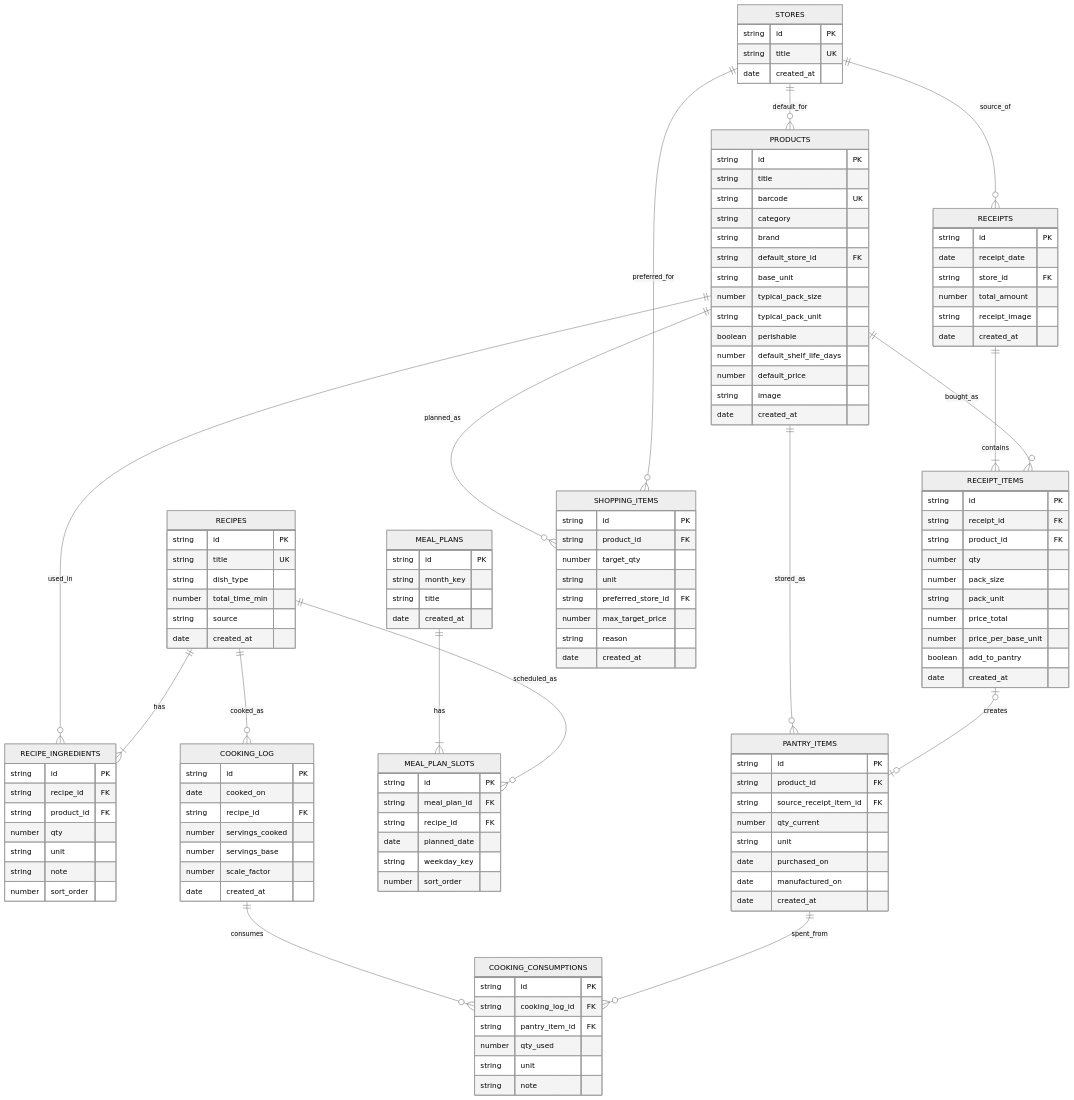
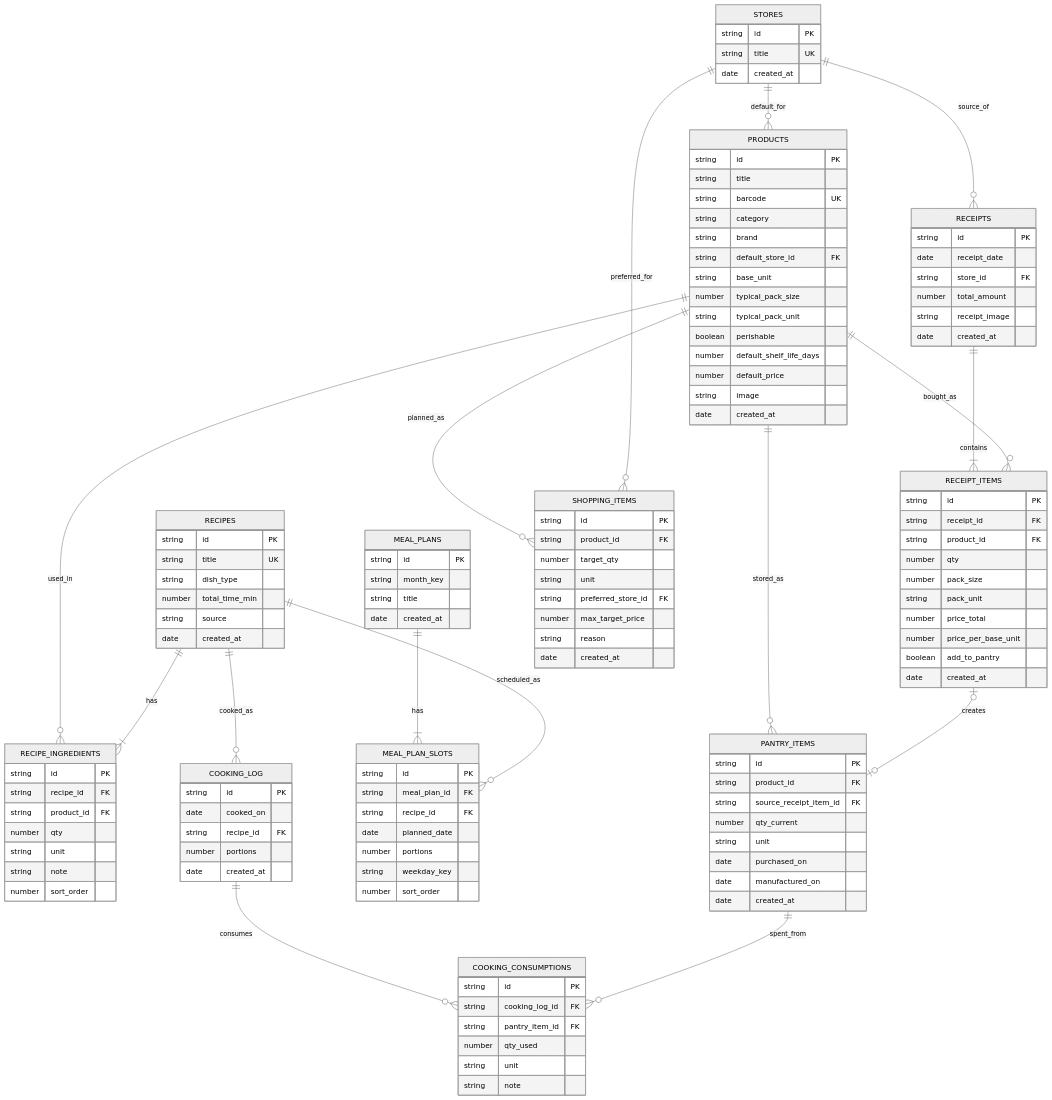
Before and after one commit to smeryse/Knowledge-Base: the diagram in Projects/Еда/Docs/Schema.md, drawn with Mermaid (neutral theme). The commit also changed other lines of this file and 1 other file, not shown here.

```diff
--- a/Projects/Еда/Docs/Schema.md
+++ b/Projects/Еда/Docs/Schema.md
@@ -142,6 +142,7 @@
         string meal_plan_id FK
         string recipe_id FK
         date planned_date
+        number portions
         string weekday_key
         number sort_order
     }
@@ -150,9 +151,7 @@
         string id PK
         date cooked_on
         string recipe_id FK
-        number servings_cooked
-        number servings_base
-        number scale_factor
+        number portions
         date created_at
     }
 
```
